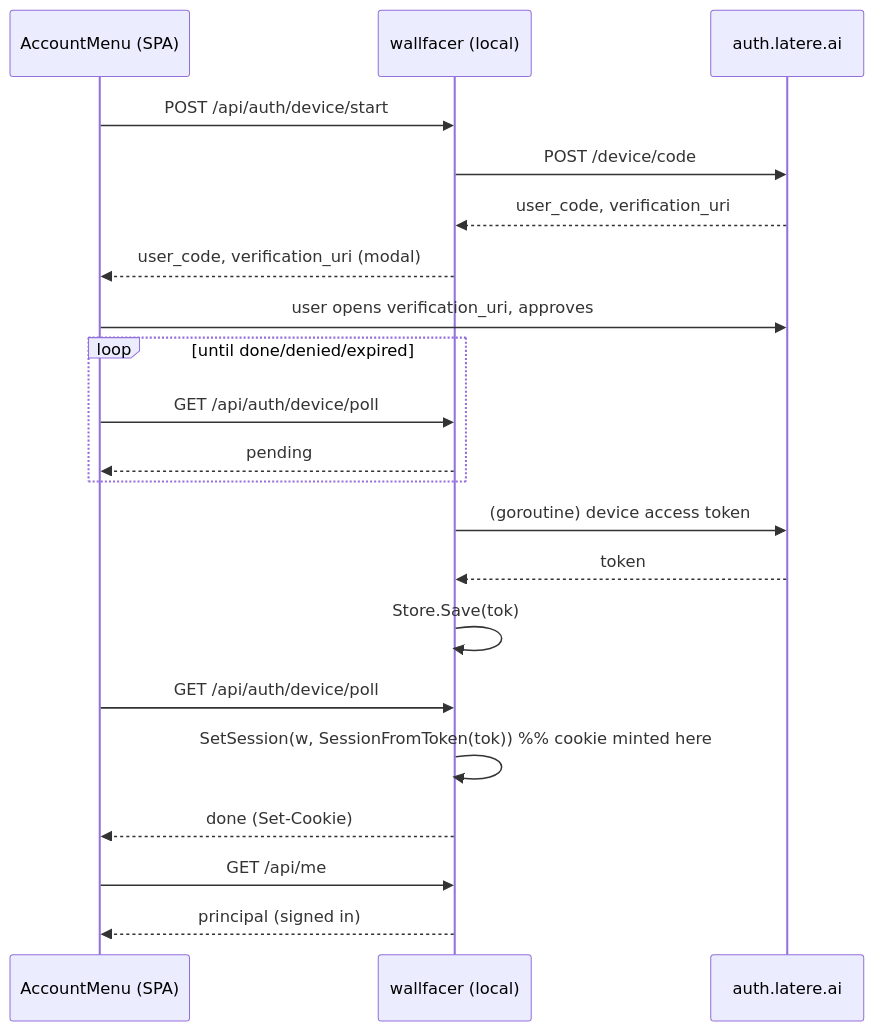
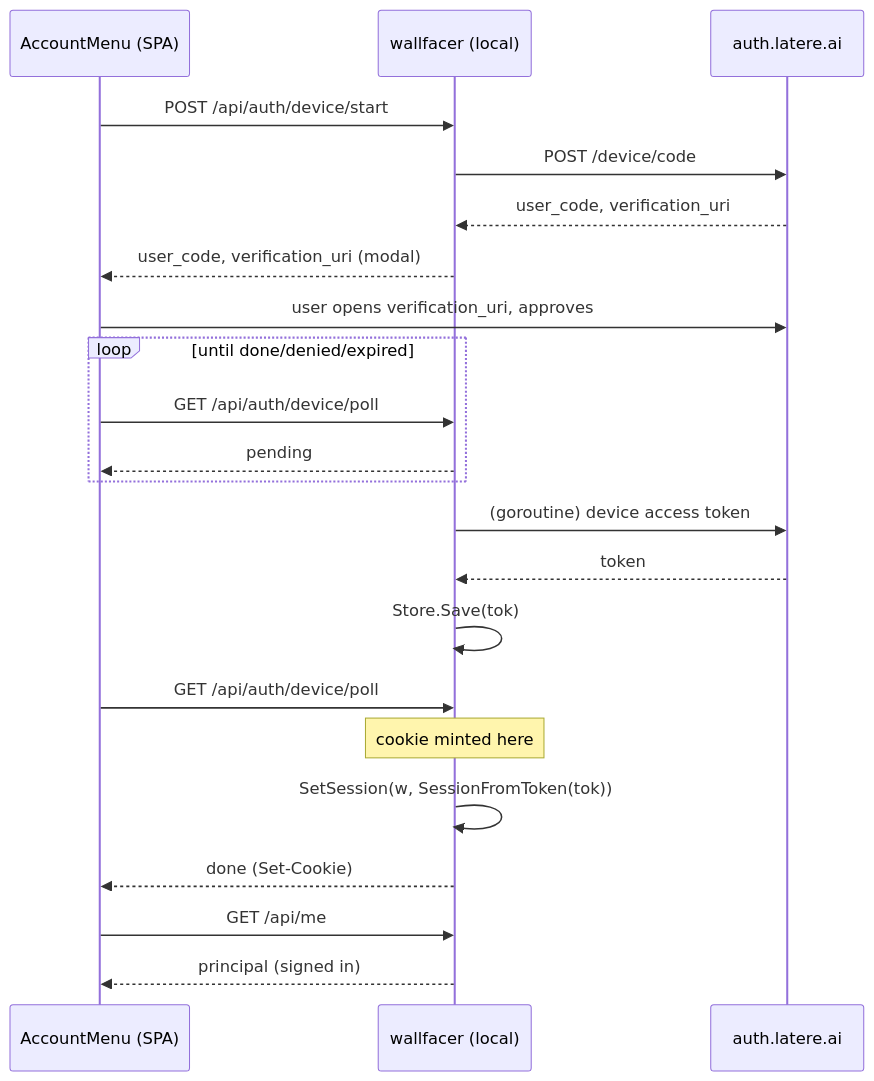
The diagram in specs/.archive/identity/local-device-signin.md (changkun/wallfacer), drawn with Mermaid before and after one commit. The commit also changed 8 other files, not shown here.

First line of the commit message:
docs,specs: repair mermaid diagrams that rendered wrong

````diff
--- a/specs/.archive/identity/local-device-signin.md
+++ b/specs/.archive/identity/local-device-signin.md
@@ -97,23 +97,24 @@
 ```mermaid
 sequenceDiagram
   participant UI as AccountMenu (SPA)
   participant BE as wallfacer (local)
   participant AU as auth.latere.ai
   UI->>BE: POST /api/auth/device/start
   BE->>AU: POST /device/code
   AU-->>BE: user_code, verification_uri
   BE-->>UI: user_code, verification_uri (modal)
   UI->>AU: user opens verification_uri, approves
   loop until done/denied/expired
     UI->>BE: GET /api/auth/device/poll
     BE-->>UI: pending
   end
   BE->>AU: (goroutine) device access token
   AU-->>BE: token
   BE->>BE: Store.Save(tok)
   UI->>BE: GET /api/auth/device/poll
-  BE->>BE: SetSession(w, SessionFromToken(tok))  %% cookie minted here
+  Note over BE: cookie minted here
+  BE->>BE: SetSession(w, SessionFromToken(tok))
   BE-->>UI: done (Set-Cookie)
   UI->>BE: GET /api/me
   BE-->>UI: principal (signed in)
 ```
````
